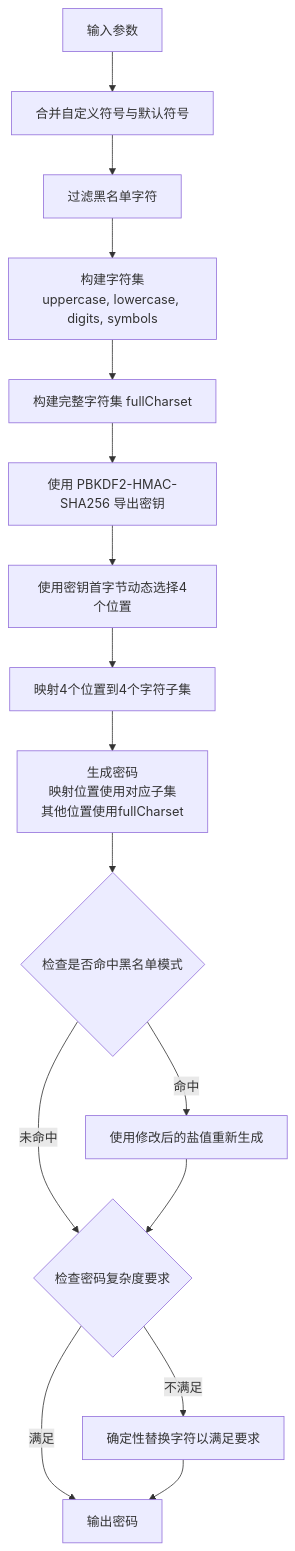
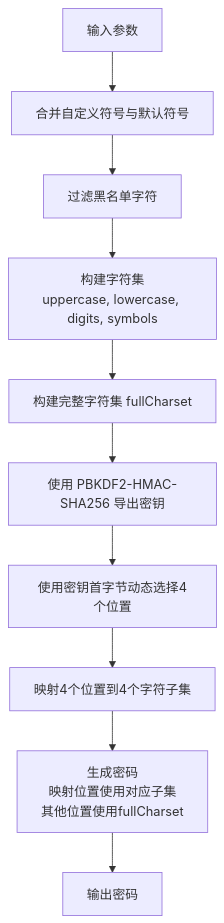
The diagram in gen_password_scratch/README.md (tallyblue123/scratch_tools), drawn with Mermaid before and after one commit. The commit also changed other lines of this file and 1 other file, not shown here.

````diff
--- a/gen_password_scratch/README.md
+++ b/gen_password_scratch/README.md
@@ -18,18 +18,12 @@
 ```mermaid
 flowchart TD
     A[输入参数] --> B[合并自定义符号与默认符号]
     B --> C[过滤黑名单字符]
     C --> D[构建字符集<br/>uppercase, lowercase, digits, symbols]
     D --> E[构建完整字符集 fullCharset]
     E --> F[使用 PBKDF2-HMAC-SHA256 导出密钥]
     F --> G[使用密钥首字节动态选择4个位置]
     G --> H[映射4个位置到4个字符子集]
     H --> I[生成密码<br/>映射位置使用对应子集<br/>其他位置使用fullCharset]
-    I --> J{检查是否命中黑名单模式}
-    J -->|命中| K[使用修改后的盐值重新生成]
-    J -->|未命中| L{检查密码复杂度要求}
-    K --> L
-    L -->|不满足| M[确定性替换字符以满足要求]
-    L -->|满足| N[输出密码]
-    M --> N
+    I --> J[输出密码]
 ```
````
